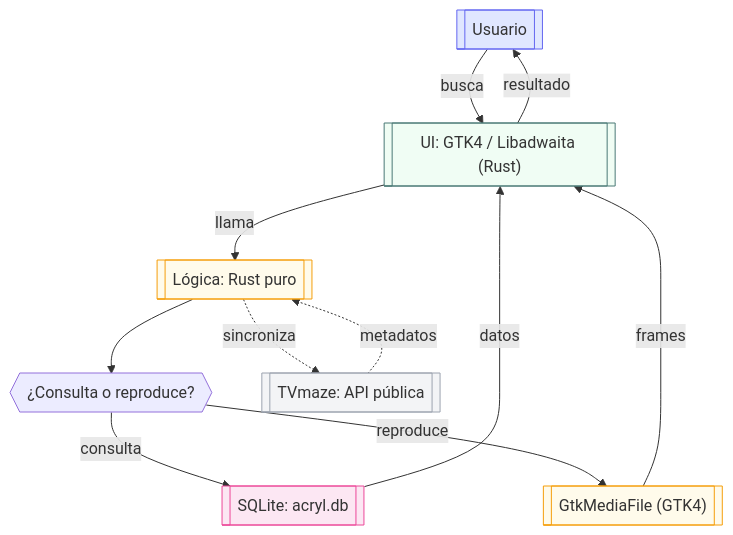
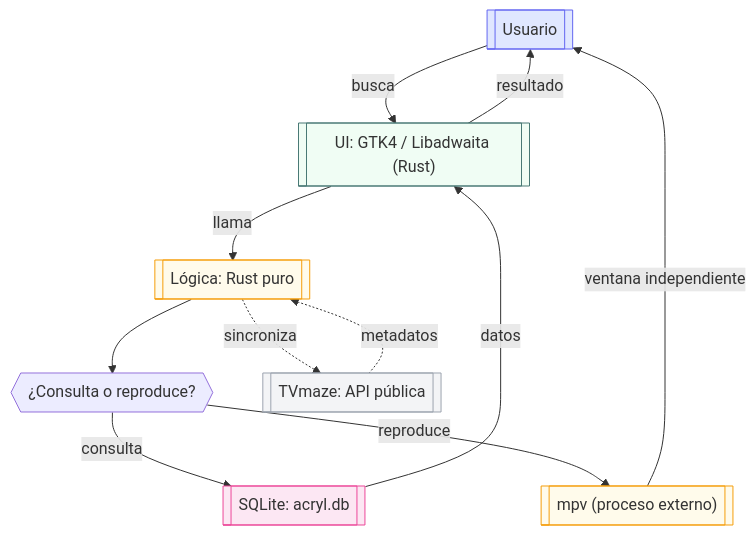
The diagram in README.md (Angel-p-v/Acryl), drawn with Mermaid before and after one commit. The commit also changed other lines of this file and 16 other files, not shown here.

````diff
--- a/README.md
+++ b/README.md
@@ -57,34 +57,34 @@
 ```mermaid
 graph TD
     Usuario[["Usuario"]]
     UI[["UI: GTK4 / Libadwaita (Rust)"]]
     Logic[["Lógica: Rust puro"]]
     Decision{{"¿Consulta o reproduce?"}}
     SQLite[["SQLite: acryl.db"]]
-    MPV[["GtkMediaFile (GTK4)"]]
+    MPV[["mpv (proceso externo)"]]
     TVmaze[["TVmaze: API pública"]]
 
     Usuario -->|busca| UI
     UI -->|llama| Logic
     Logic --> Decision
     Decision -->|consulta| SQLite
     Decision -->|reproduce| MPV
     SQLite -->|datos| UI
-    MPV -->|frames| UI
+    MPV -->|ventana independiente| Usuario
     Logic -.->|sincroniza| TVmaze
     TVmaze -.->|metadatos| Logic
     UI -->|resultado| Usuario
 
     classDef usuario fill:#e0e7ff,stroke:#6366f1,stroke-width:1px
     classDef ui fill:#f0fdf4,stroke:#497975,stroke-width:1px
     classDef logic fill:#fffbeb,stroke:#f59e0b,stroke-width:1px
     classDef db fill:#fce7f3,stroke:#ec4899,stroke-width:1px
     classDef ext fill:#f3f4f6,stroke:#9ca3af,stroke-width:1px
 
     class Usuario usuario
     class UI ui
     class Logic logic
     class SQLite db
     class MPV logic
     class TVmaze ext
 ```
````
